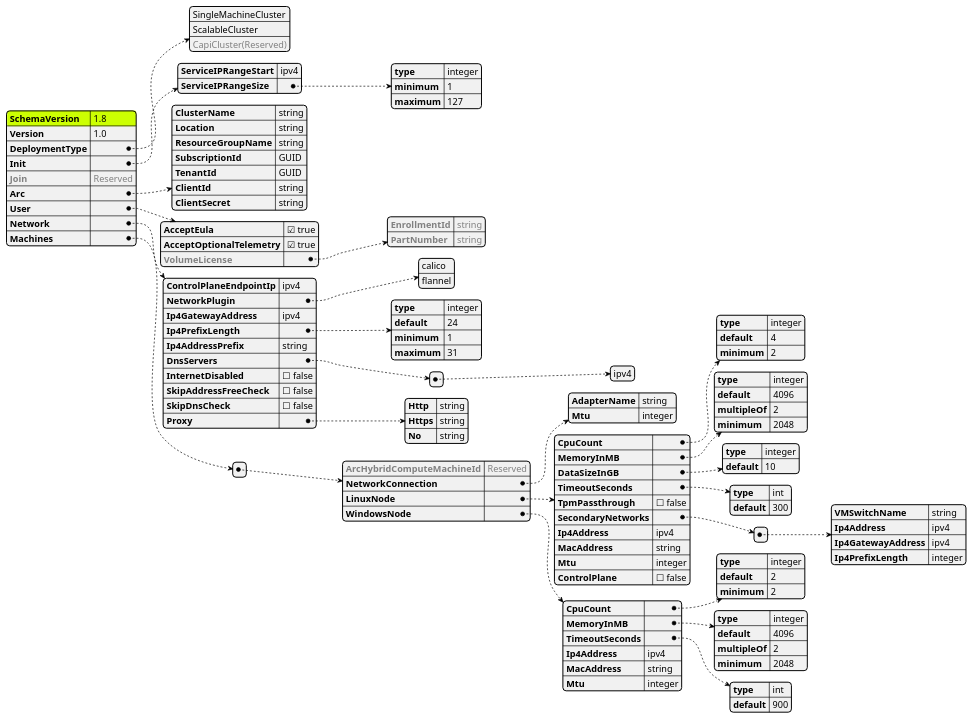
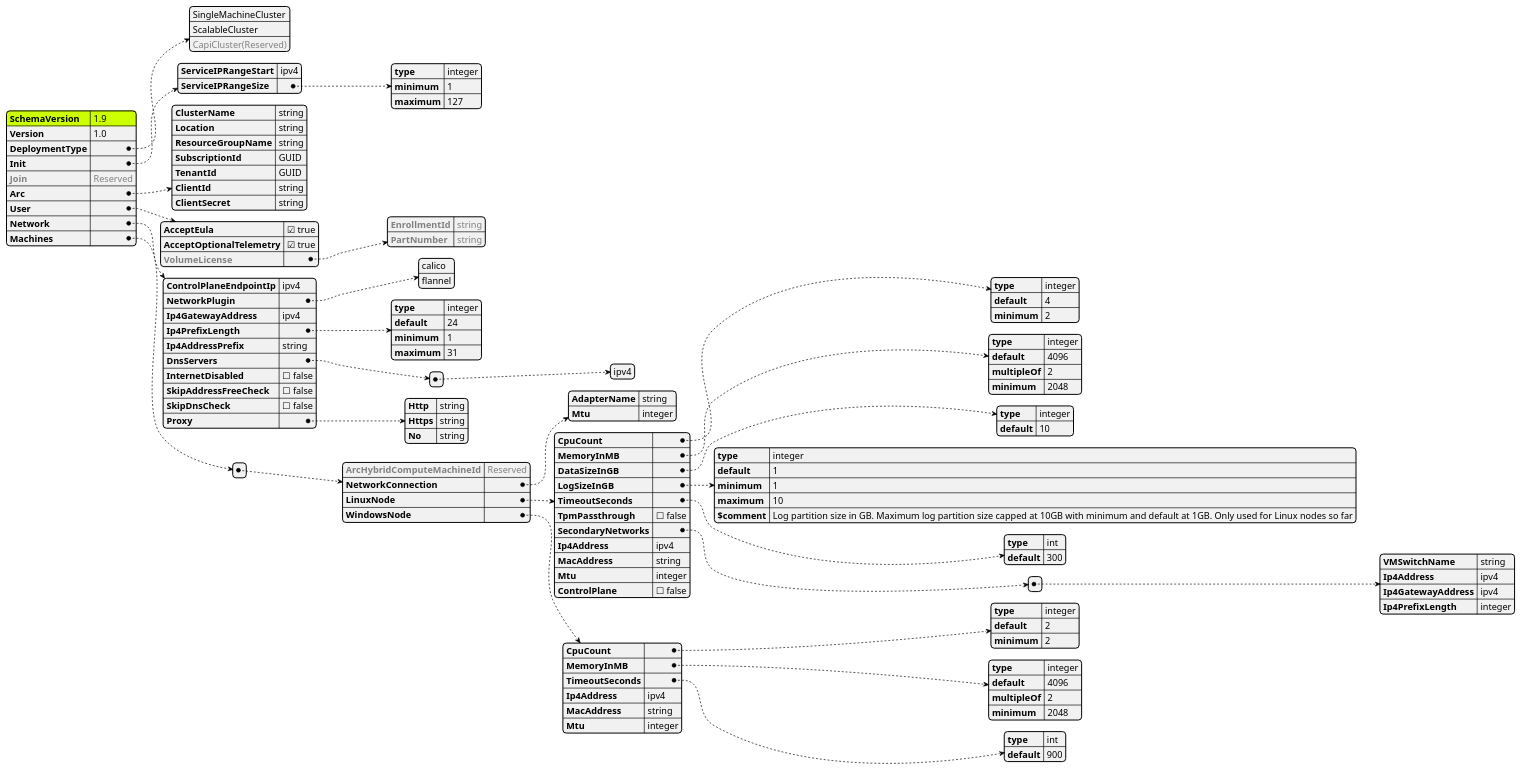
Before and after one commit to Azure/AKS-Edge: the diagram in tools/modules/AksEdgeDeploy/aksedge-dc.puml, drawn with PlantUML. The commit also changed 6 other files, not shown here.

Commit message:
Updated the json schema version to 1.9

```diff
--- a/tools/modules/AksEdgeDeploy/aksedge-dc.puml
+++ b/tools/modules/AksEdgeDeploy/aksedge-dc.puml
@@ -1,143 +1,150 @@
 @startjson AksEdgeSchema
 <style>
 jsonDiagram {
     node {
         FontSize 14
         RoundCorner 10
         LineThickness 0.5
         separator {
             LineThickness 0.25
         }
     }
     arrow {
         LineThickness 0.5
         LineStyle 2;6
     }
     highlight {
         BackgroundColor black
         FontColor White
     }
 }
 </style>
 #highlight "SchemaVersion"
 {
-    "SchemaVersion": "1.8",
+    "SchemaVersion": "1.9",
     "Version": "1.0",
     "DeploymentType": [
             "SingleMachineCluster",
             "ScalableCluster",
             "<color:gray>CapiCluster(Reserved)"
     ],
     "Init": {
         "ServiceIPRangeStart": "ipv4",
         "ServiceIPRangeSize": {
             "type": "integer",
             "minimum" : 1,
             "maximum" : 127
         }
     },
     "<color:gray>Join":"<color:gray>Reserved",
     "Arc": {
         "ClusterName": "string",
         "Location": "string",
         "ResourceGroupName": "string",
         "SubscriptionId": "GUID",
         "TenantId": "GUID",
         "ClientId": "string",
         "ClientSecret": "string"
     },
     "User": {
         "AcceptEula": true,
         "AcceptOptionalTelemetry": true,
         "<color:gray>VolumeLicense":{
             "<color:gray>EnrollmentId":"<color:gray>string",
             "<color:gray>PartNumber":"<color:gray>string"
         }
     },
     "Network": {
         "ControlPlaneEndpointIp": "ipv4",
         "NetworkPlugin": [
                 "calico",
                 "flannel"
         ],
         "Ip4GatewayAddress": "ipv4",
         "Ip4PrefixLength": {
             "type": "integer",
             "default": 24,
             "minimum": 1,
             "maximum": 31
         },
         "Ip4AddressPrefix":"string",
         "DnsServers": [["ipv4"]],
         "InternetDisabled": false,
         "SkipAddressFreeCheck":false,
         "SkipDnsCheck":false,
         "Proxy": {
             "Http":"string",
             "Https":"string",
             "No":"string"
         }
     },
     "Machines":[{
         "<color:gray>ArcHybridComputeMachineId":"<color:gray>Reserved",
         "NetworkConnection":{
             "AdapterName":"string",
             "Mtu":"integer"
         },
         "LinuxNode":{
             "CpuCount": {
                 "type": "integer",
                 "default": 4,
                 "minimum": 2
             },
             "MemoryInMB": {
                 "type": "integer",
                 "default": 4096,
                 "multipleOf": 2,
                 "minimum": 2048
             },
             "DataSizeInGB": {
                 "type": "integer",
                 "default": 10
             },
+            "LogSizeInGB": {
+                "type": "integer",
+                "default": 1,
+                "minimum" : 1,
+                "maximum" : 10,
+                "$comment": "Log partition size in GB. Maximum log partition size capped at 10GB with minimum and default at 1GB. Only used for Linux nodes so far"
+            },
             "TimeoutSeconds": {
                 "type": "int",
                 "default": 300
             },
             "TpmPassthrough": false,
             "SecondaryNetworks": [
                 {
                     "VMSwitchName" : "string",
                     "Ip4Address": "ipv4",
                     "Ip4GatewayAddress": "ipv4",
                     "Ip4PrefixLength": "integer"
                 }
             ],
             "Ip4Address": "ipv4",
             "MacAddress": "string",
             "Mtu": "integer",
             "ControlPlane" : false
         },
         "WindowsNode":{
             "CpuCount": {
                 "type": "integer",
                 "default": 2,
                 "minimum": 2
             },
             "MemoryInMB": {
                 "type": "integer",
                 "default": 4096,
                 "multipleOf": 2,
                 "minimum": 2048
             },
             "TimeoutSeconds": {
                 "type": "int",
                 "default": 900
             },
             "Ip4Address": "ipv4",
             "MacAddress": "string",
             "Mtu": "integer"
         }
     }]
 }
 @endjson
```
